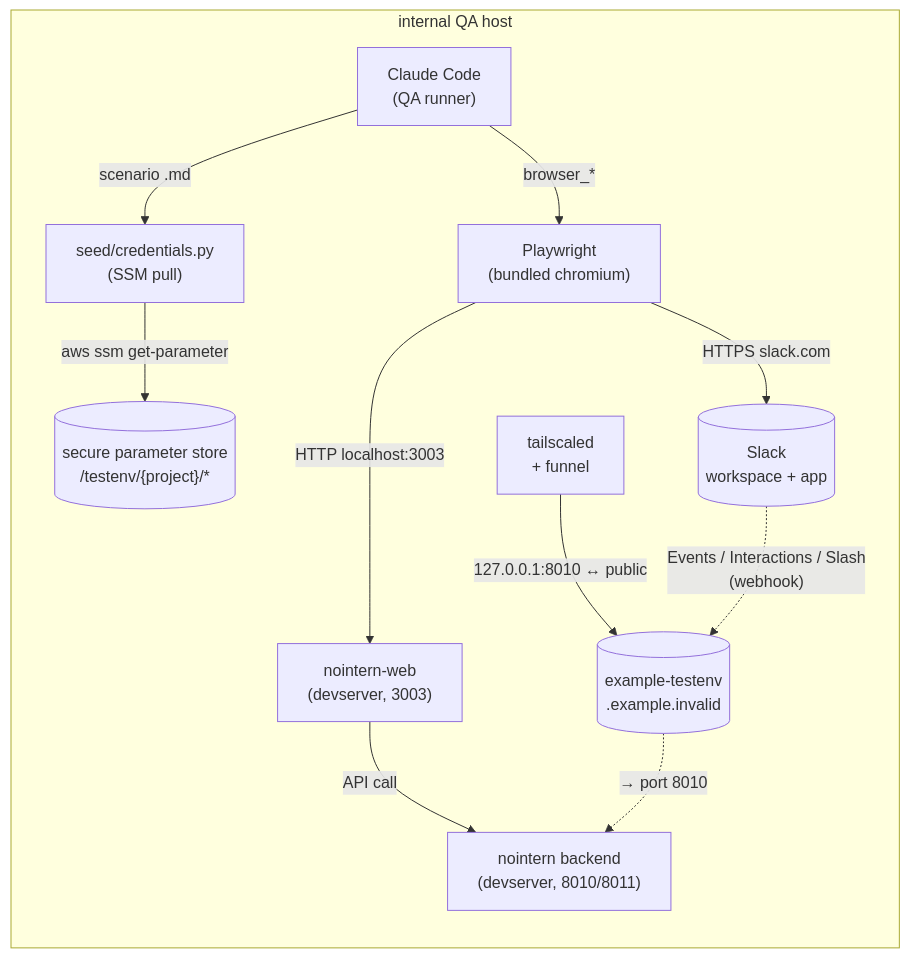
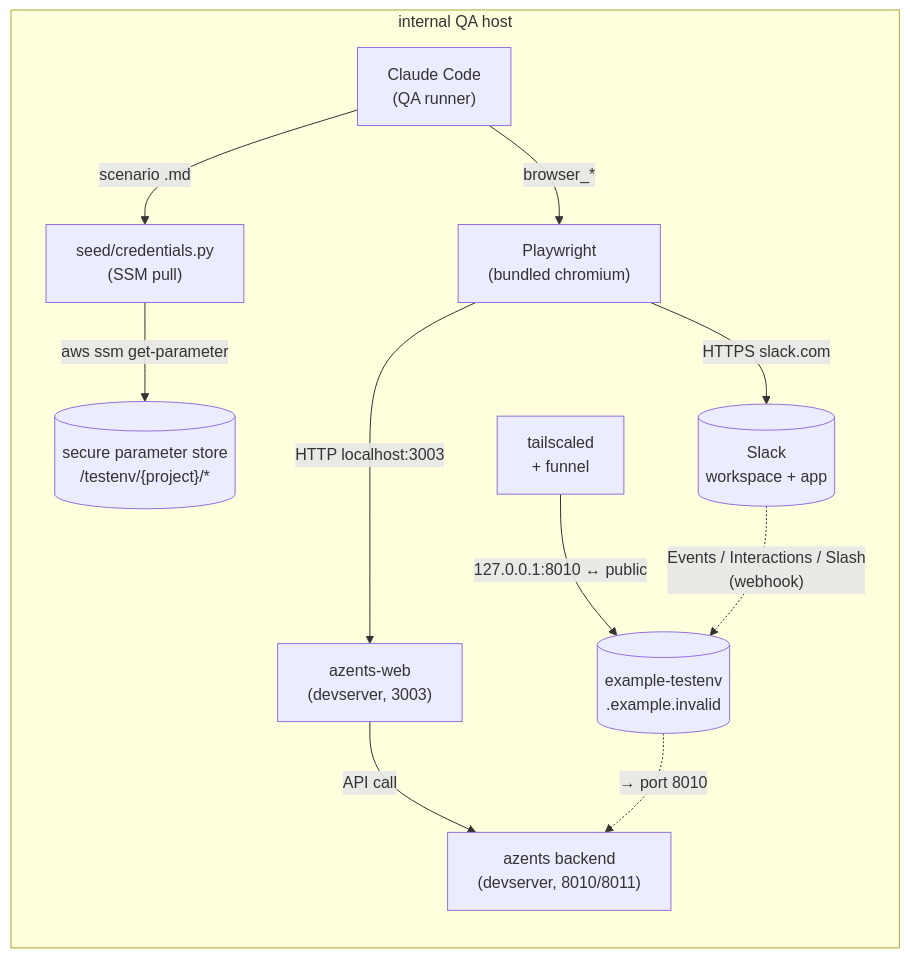
One commit to azents/azents changed the diagram in docs/azents/design/integrations-260411-integrations-e2e.md. Above: the diagram before and after it, drawn with Mermaid. The commit also changed other lines of this file and 245 other files, not shown here.

````diff
--- a/docs/azents/design/integrations-260411-integrations-e2e.md
+++ b/docs/azents/design/integrations-260411-integrations-e2e.md
@@ -82,23 +82,23 @@
 ```mermaid
 flowchart LR
     subgraph QAHost["internal QA host"]
         QA["Claude Code\n(QA runner)"]
         PW["Playwright\n(bundled chromium)"]
         TS["tailscaled\n+ funnel"]
-        Backend["nointern backend\n(devserver, 8010/8011)"]
-        Web["nointern-web\n(devserver, 3003)"]
+        Backend["azents backend\n(devserver, 8010/8011)"]
+        Web["azents-web\n(devserver, 3003)"]
         Cred["seed/credentials.py\n(SSM pull)"]
 
         QA -- "browser_*" --> PW
         QA -- "scenario .md" --> Cred
         Cred -- "aws ssm get-parameter" --> SSM[("secure parameter store\n/testenv/{project}/*")]
         PW -- "HTTP localhost:3003" --> Web
         PW -- "HTTPS slack.com" --> Slack[("Slack\nworkspace + app")]
         Web -- "API call" --> Backend
 
         TS -- "127.0.0.1:8010 ↔ public" --> Funnel[("example-testenv\n.example.invalid")]
     end
 
     Slack -. "Events / Interactions / Slash\n(webhook)" .-> Funnel
     Funnel -. "→ port 8010" .-> Backend
 ```
````
